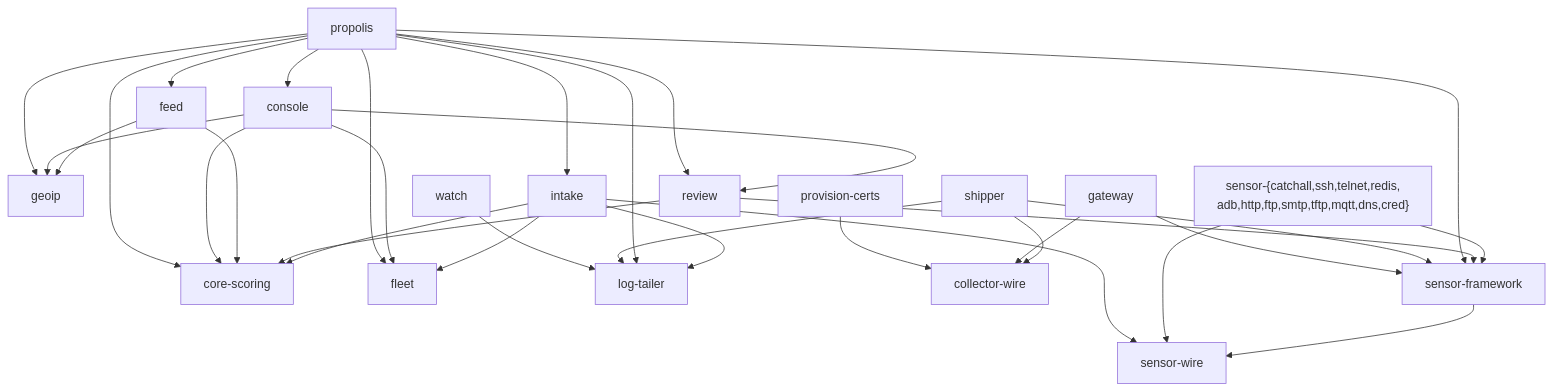
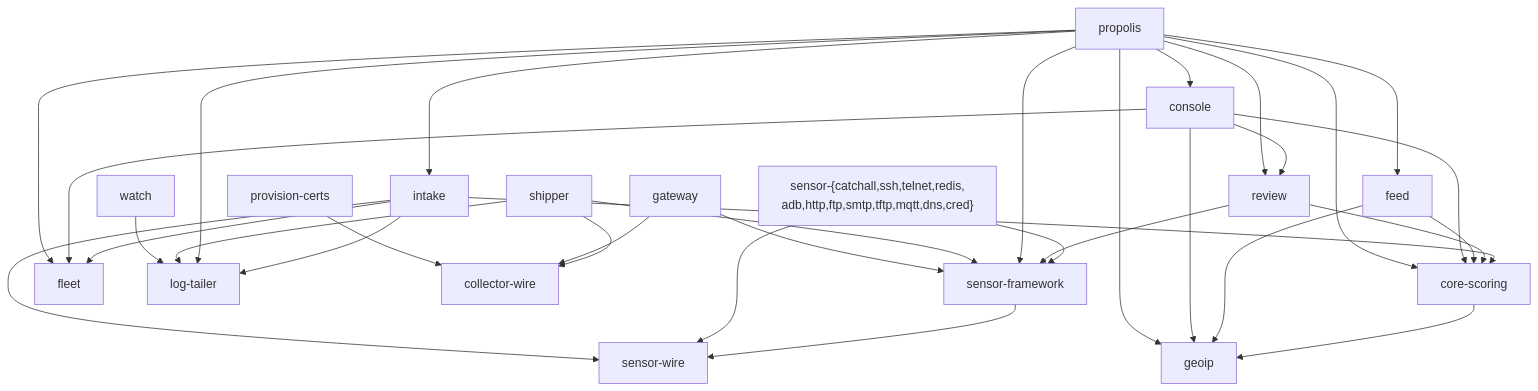
The diagram in docs/architecture/components.md (brandontroidl/Propolis), drawn with Mermaid before and after one commit. The commit also changed other lines of this file and 21 other files, not shown here.

````diff
--- a/docs/architecture/components.md
+++ b/docs/architecture/components.md
@@ -82,52 +83,53 @@
 ```mermaid
 graph TD
   wire[sensor-wire]
   core[core-scoring]
   geoip[geoip]
   fleet[fleet]
   tailer[log-tailer]
   cwire[collector-wire]
   fw[sensor-framework]
   sensors["sensor-{catchall,ssh,telnet,redis,<br/>adb,http,ftp,smtp,tftp,mqtt,dns,cred}"]
   intake[intake]
   review[review]
   feed[feed]
   console[console]
   propolis[propolis]
   shipper[shipper]
   gateway[gateway]
   certs[provision-certs]
   watchc[watch]
 
+  core --> geoip
   fw --> wire
   sensors --> wire
   sensors --> fw
   intake --> wire
   intake --> core
   intake --> fleet
   intake --> tailer
   review --> core
   review --> fw
   feed --> core
   feed --> geoip
   console --> core
   console --> fleet
   console --> geoip
   console --> review
   propolis --> console
   propolis --> core
   propolis --> feed
   propolis --> fleet
   propolis --> geoip
   propolis --> intake
   propolis --> tailer
   propolis --> review
   propolis --> fw
   shipper --> cwire
   shipper --> tailer
   shipper --> fw
   gateway --> cwire
   gateway --> fw
   certs --> cwire
   watchc --> tailer
 ```
````
